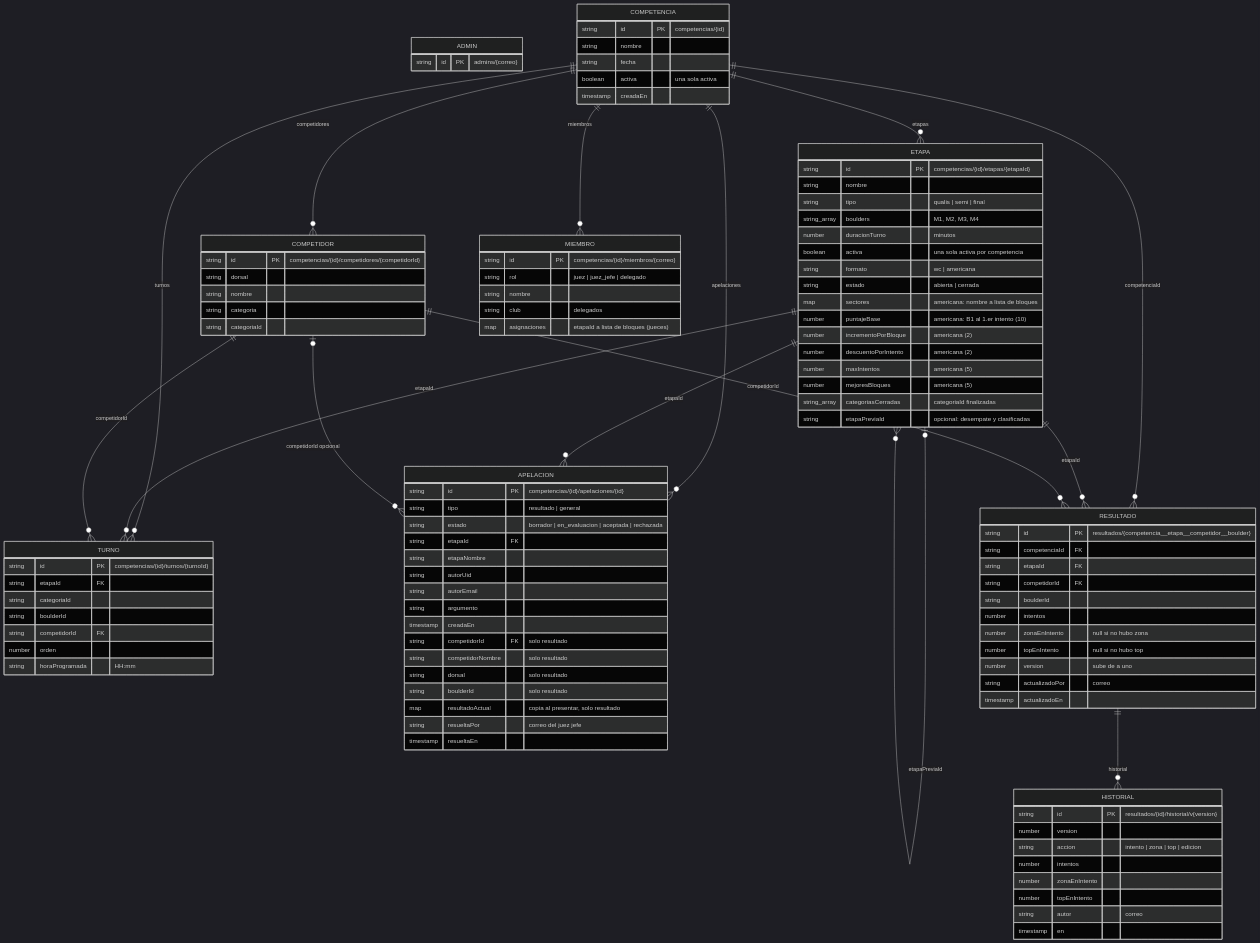
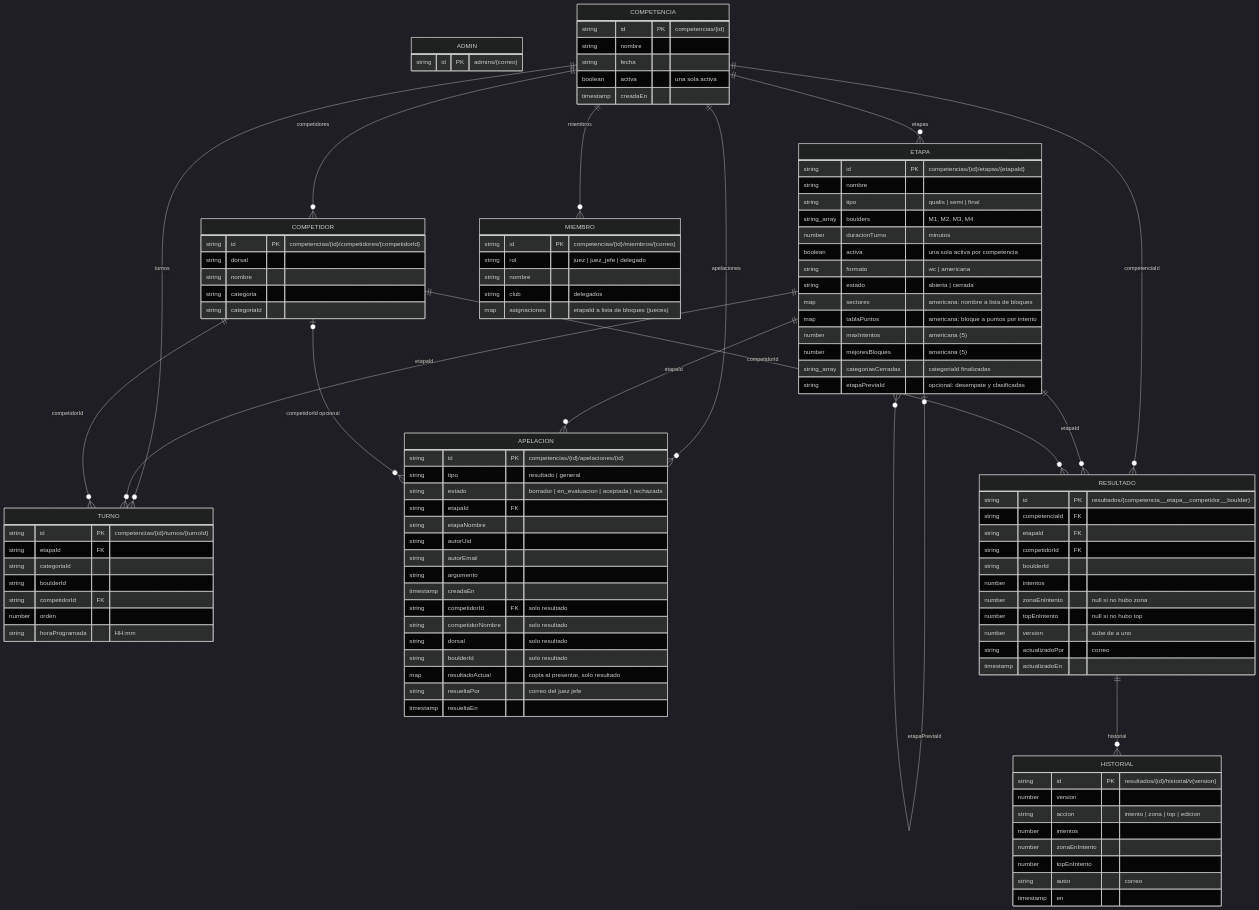
The diagram in docs/modelo-de-datos.md (pdaire/torneo-escalada-app), drawn with Mermaid (dark theme) before and after one commit. The commit also changed other lines of this file and 9 other files, not shown here.

First line of the commit message:
Ronda americana: tabla de puntos definida por los organizadores

```diff
--- a/docs/modelo-de-datos.md
+++ b/docs/modelo-de-datos.md
@@ -40,9 +40,7 @@
         string formato "wc | americana"
         string estado "abierta | cerrada"
         map sectores "americana: nombre a lista de bloques"
-        number puntajeBase "americana: B1 al 1.er intento (10)"
-        number incrementoPorBloque "americana (2)"
-        number descuentoPorIntento "americana (2)"
+        map tablaPuntos "americana: bloque a puntos por intento"
         number maxIntentos "americana (5)"
         number mejoresBloques "americana (5)"
         string_array categoriasCerradas "categoriaId finalizadas"
```
